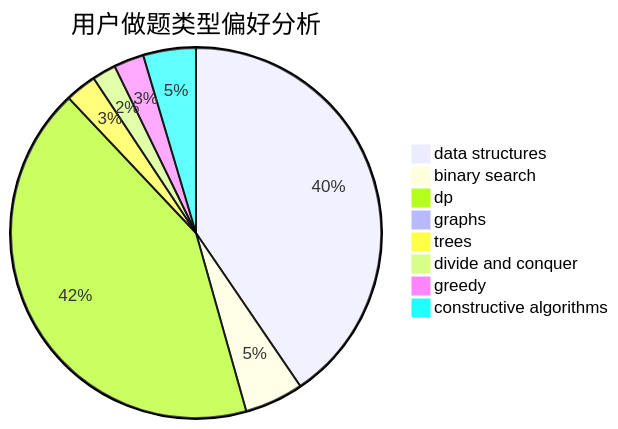
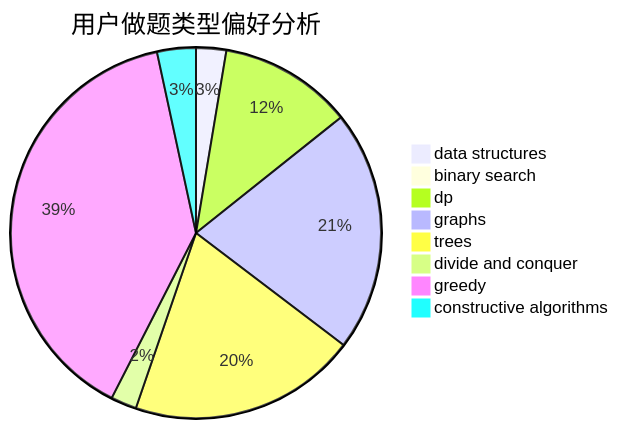
The second of 3 diagrams in docs/user/u1782.md (sherpahu/cfrs.github.io), drawn with Mermaid before and after one commit. The commit also changed other lines of this file and 2770 other files, not shown here.

````diff
--- a/docs/user/u1782.md
+++ b/docs/user/u1782.md
@@ -23,11 +23,11 @@
 ```mermaid
 pie title 用户做题类型偏好分析
-    "data structures" :  370
-    "binary search" :  47
-    "dp" :  387
-    "graphs" :  7
-    "trees" :  25
-    "divide and conquer" :  19
-    "greedy" :  24
-    "constructive algorithms" :  42
+    "data structures" :  7
+    "binary search" :  0
+    "dp" :  31
+    "graphs" :  56
+    "trees" :  53
+    "divide and conquer" :  6
+    "greedy" :  104
+    "constructive algorithms" :  9
 ```
````
